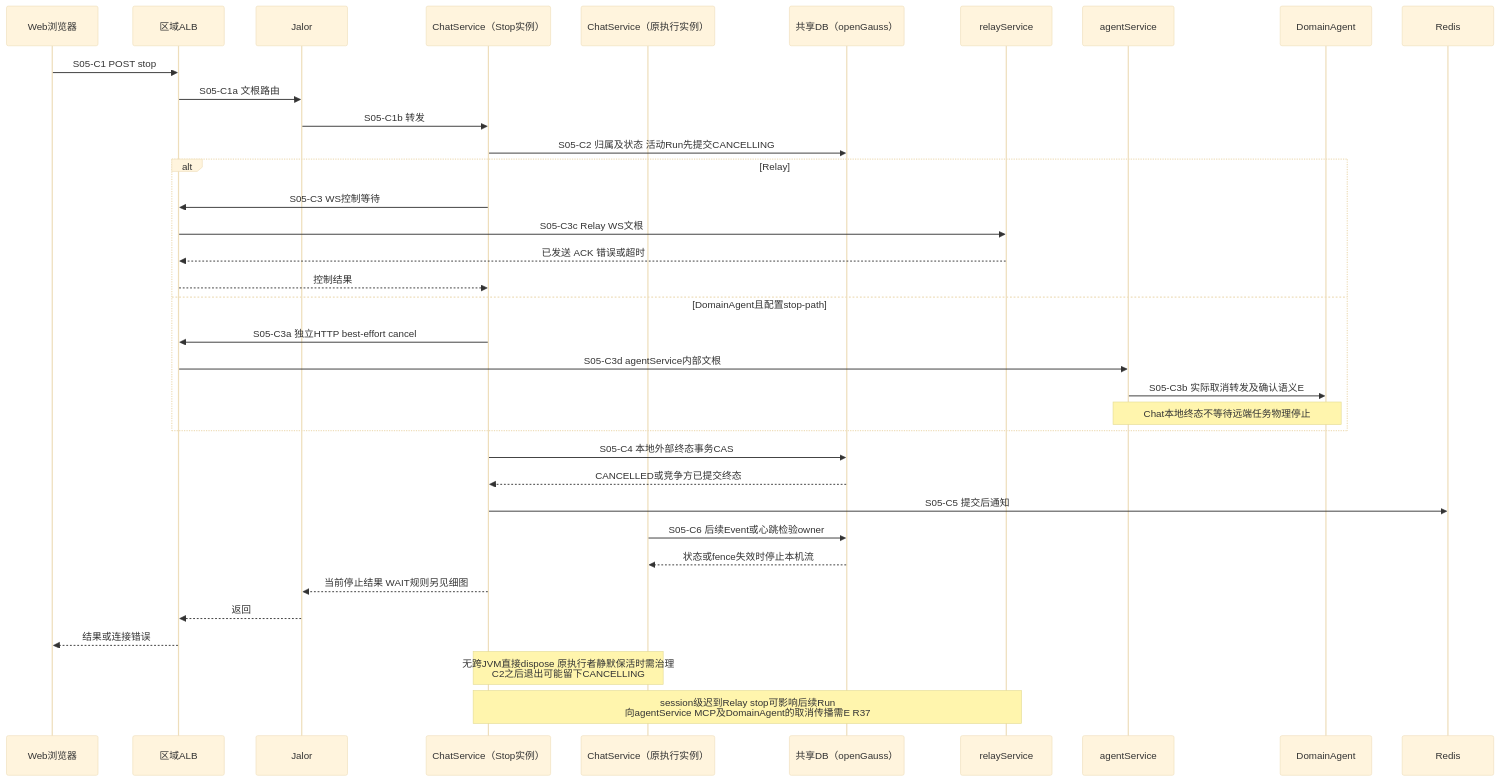
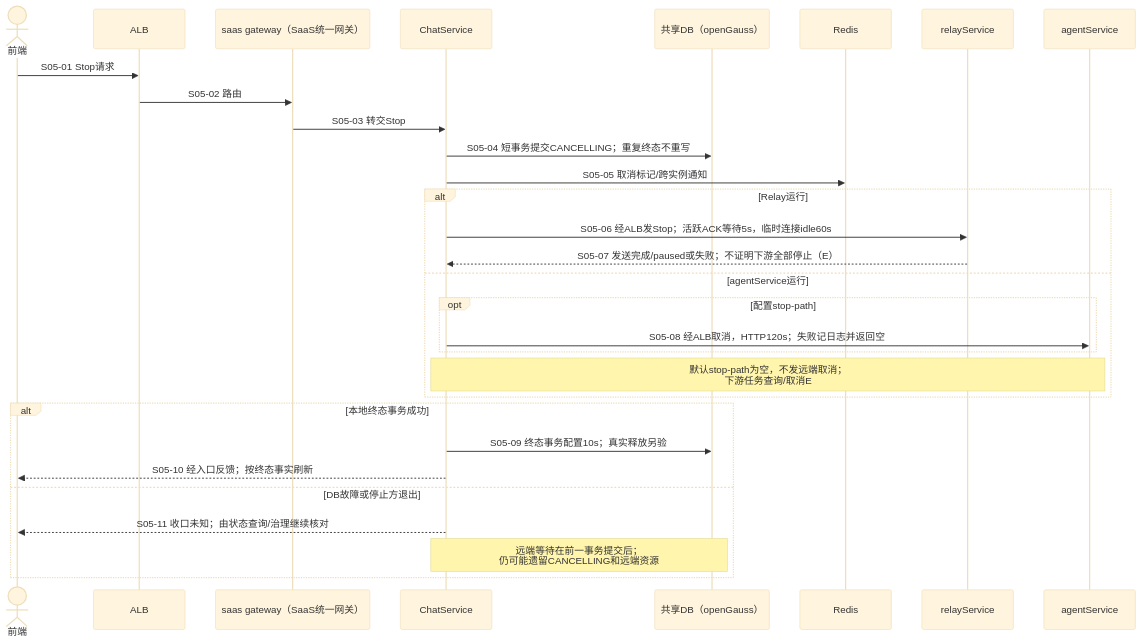
One commit to kunben-duck/exweb changed the fifth of 12 diagrams in docs/architecture/high-availability/scenarios.md. Above: the diagram before and after it, drawn with Mermaid (base theme). The commit also changed other lines of this file and 8 other files, not shown here.

````diff
--- a/docs/architecture/high-availability/scenarios.md
+++ b/docs/architecture/high-availability/scenarios.md
@@ -515,38 +273,32 @@
 ```mermaid
 sequenceDiagram
-    participant U as Web浏览器
-    participant L as 区域ALB
-    participant G as Jalor
-    participant C as ChatService（Stop实例）
-    participant O as ChatService（原执行实例）
-    participant D as 共享DB（openGauss）
-    participant RL as relayService
-    participant AG as agentService
-    participant DA as DomainAgent
-    participant R as Redis
-    U->>L: S05-C1 POST stop
-    L->>G: S05-C1a 文根路由
-    G->>C: S05-C1b 转发
-    C->>D: S05-C2 归属及状态 活动Run先提交CANCELLING
-    alt Relay
-        C->>L: S05-C3 WS控制等待
-        L->>RL: S05-C3c Relay WS文根
-        RL-->>L: 已发送 ACK 错误或超时
-        L-->>C: 控制结果
-    else DomainAgent且配置stop-path
-        C->>L: S05-C3a 独立HTTP best-effort cancel
-        L->>AG: S05-C3d agentService内部文根
-        AG->>DA: S05-C3b 实际取消转发及确认语义E
-        Note over AG,DA: Chat本地终态不等待远端任务物理停止
+actor WEB as 前端
+    participant ALB
+    participant GW as saas gateway（SaaS统一网关）
+    participant CHAT as ChatService
+    participant DB as 共享DB（openGauss）
+    participant REDIS as Redis
+    participant RELAY as relayService
+    participant AGENT as agentService
+    WEB->>ALB: S05-01 Stop请求
+    ALB->>GW: S05-02 路由
+    GW->>CHAT: S05-03 转交Stop
+    CHAT->>DB: S05-04 短事务提交CANCELLING；重复终态不重写
+    CHAT->>REDIS: S05-05 取消标记/跨实例通知
+    alt Relay运行
+        CHAT->>RELAY: S05-06 经ALB发Stop；活跃ACK等待5s，临时连接idle60s
+        RELAY-->>CHAT: S05-07 发送完成/paused或失败；不证明下游全部停止（E）
+    else agentService运行
+        opt 配置stop-path
+            CHAT->>AGENT: S05-08 经ALB取消，HTTP120s；失败记日志并返回空
+        end
+        Note over CHAT,AGENT: 默认stop-path为空，不发远端取消；<br/>下游任务查询/取消E
     end
-    C->>D: S05-C4 本地外部终态事务CAS
-    D-->>C: CANCELLED或竞争方已提交终态
-    C->>R: S05-C5 提交后通知
-    O->>D: S05-C6 后续Event或心跳检验owner
-    D-->>O: 状态或fence失效时停止本机流
-    C-->>G: 当前停止结果 WAIT规则另见细图
-    G-->>L: 返回
-    L-->>U: 结果或连接错误
-    Note over C,O: 无跨JVM直接dispose 原执行者静默保活时需治理<br/>C2之后退出可能留下CANCELLING
-    Note over C,RL: session级迟到Relay stop可影响后续Run<br/>向agentService MCP及DomainAgent的取消传播需E R37
+    alt 本地终态事务成功
+        CHAT->>DB: S05-09 终态事务配置10s；真实释放另验
+        CHAT-->>WEB: S05-10 经入口反馈；按终态事实刷新
+    else DB故障或停止方退出
+        CHAT-->>WEB: S05-11 收口未知；由状态查询/治理继续核对
+        Note over CHAT,DB: 远端等待在前一事务提交后；<br/>仍可能遗留CANCELLING和远端资源
+    end
 ```
````
